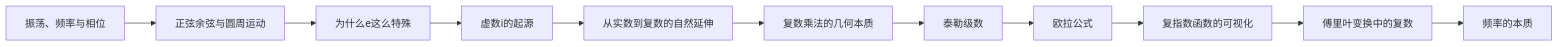
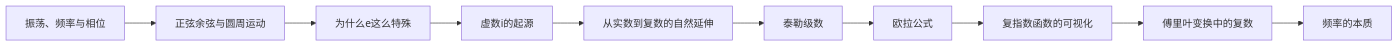
One commit to asxiuxiu/asxiuxiu_obsidian_repo changed the diagram in Notes/数学基础/复分析与傅里叶变换/索引.md. Above: the diagram before and after it, drawn with Mermaid. The commit also changed other lines of this file and 12 other files, not shown here.

````diff
--- a/Notes/数学基础/复分析与傅里叶变换/索引.md
+++ b/Notes/数学基础/复分析与傅里叶变换/索引.md
@@ -23,13 +23,12 @@
 ```mermaid
 graph LR
     Z[振荡、频率与相位] --> Y[正弦余弦与圆周运动]
     Y --> A[为什么e这么特殊]
     A --> C[虚数i的起源]
     C --> C2[从实数到复数的自然延伸]
-    C2 --> D[复数乘法的几何本质]
-    D --> B[泰勒级数]
+    C2 --> B[泰勒级数]
     B --> E[欧拉公式]
     E --> F[复指数函数的可视化]
     F --> G[傅里叶变换中的复数]
     G --> H[频率的本质]
 ```
````
